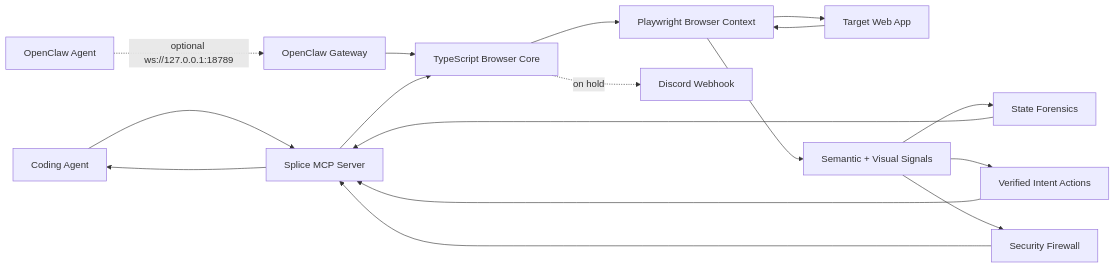
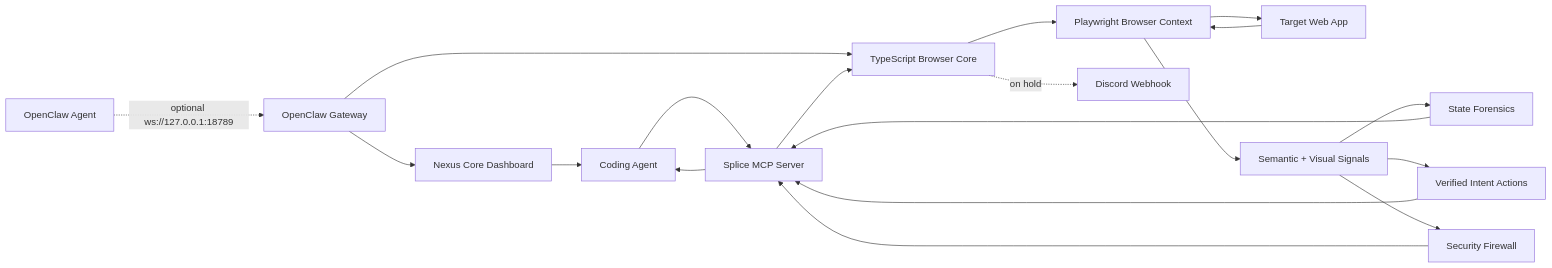
Before and after one commit to Arnavnemade1/Splicee: the diagram in README.md, drawn with Mermaid. The commit also changed other lines of this file and 1 other file, not shown here.

First line of the commit message:
Update README links and document Nexus Core setup.

````diff
--- a/README.md
+++ b/README.md
@@ -195,19 +236,21 @@
 ```mermaid
 flowchart LR
     Agent["Coding Agent"] --> MCP["Splice MCP Server"]
     OpenClaw["OpenClaw Agent"] -. "optional ws://127.0.0.1:18789" .-> Gateway["OpenClaw Gateway"]
     Gateway --> Core
     MCP --> Core["TypeScript Browser Core"]
     Core --> Browser["Playwright Browser Context"]
     Browser --> Web["Target Web App"]
     Web --> Browser
     Browser --> Extract["Semantic + Visual Signals"]
     Extract --> Forensics["State Forensics"]
     Extract --> Actions["Verified Intent Actions"]
     Extract --> Security["Security Firewall"]
     Forensics --> MCP
     Actions --> MCP
     Security --> MCP
     Core -. "on hold" .-> Discord["Discord Webhook"]
     MCP --> Agent
+    Gateway --> Nexus["Nexus Core Dashboard"]
+    Nexus --> Agent
 ```
````
